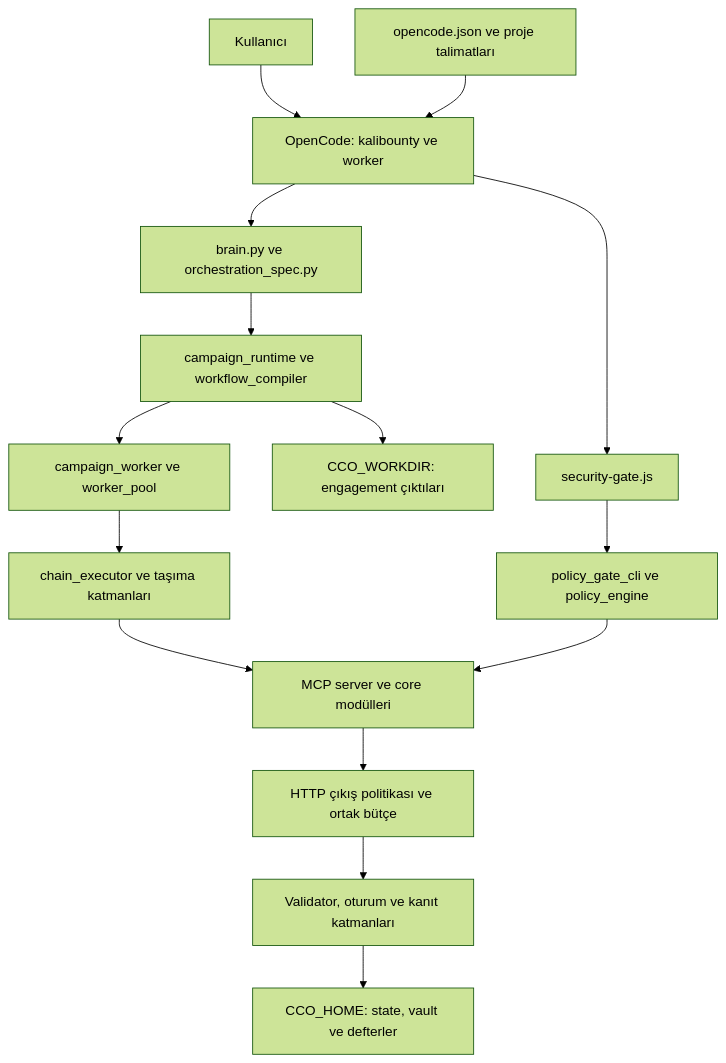
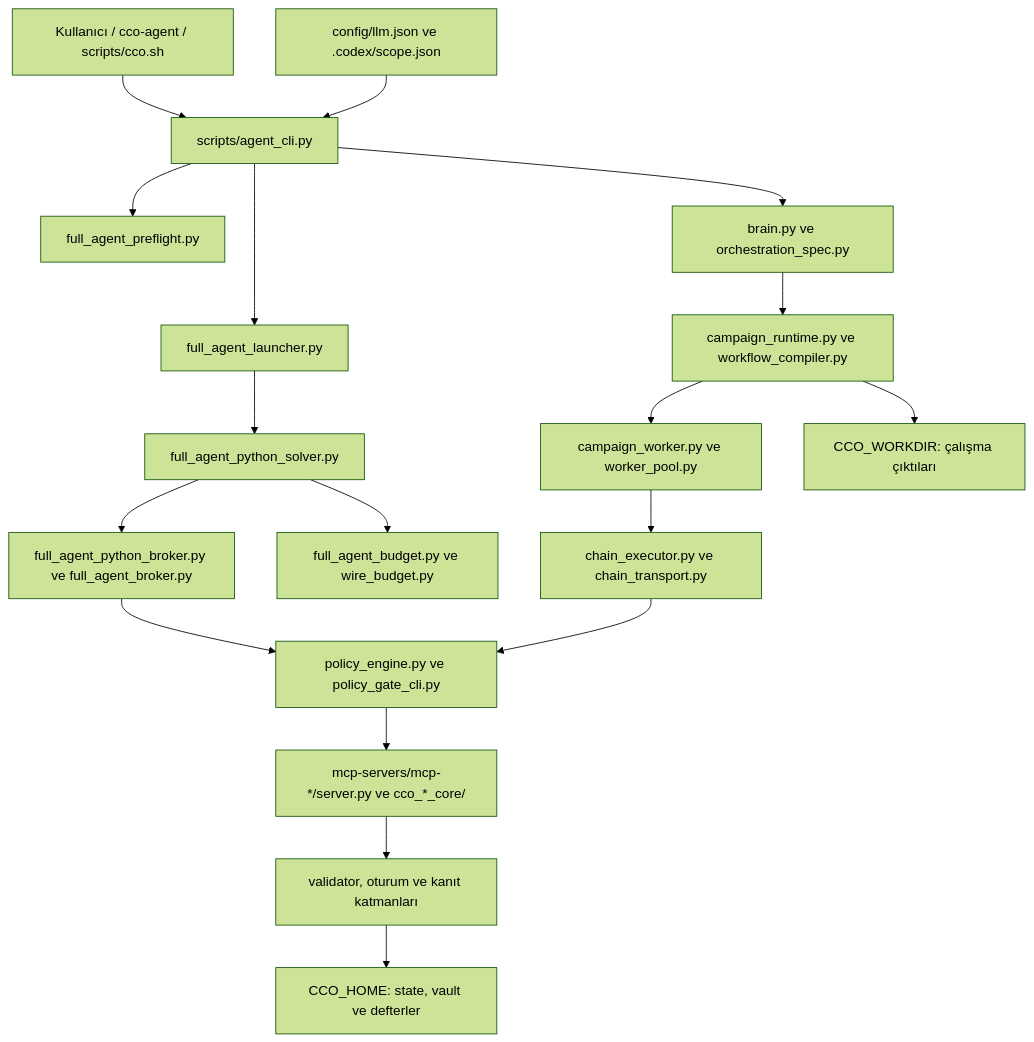
The diagram in docs/architecture.md (EmreMetin00007/kryon), drawn with Mermaid (forest theme) before and after one commit. The commit also changed other lines of this file and 39 other files, not shown here.

Commit message:
docs: remove obsolete OpenCode docs and update core guides for Python engine

````diff
--- a/docs/architecture.md
+++ b/docs/architecture.md
@@ -9,17 +10,20 @@
 ```mermaid
 flowchart TD
-    U[Kullanıcı] --> O[OpenCode: kalibounty ve worker]
-    C[opencode.json ve proje talimatları] --> O
-    O --> B[brain.py ve orchestration_spec.py]
-    B --> Q[campaign_runtime ve workflow_compiler]
-    Q --> W[campaign_worker ve worker_pool]
-    W --> X[chain_executor ve taşıma katmanları]
-    O --> G[security-gate.js]
-    G --> P[policy_gate_cli ve policy_engine]
-    X --> M[MCP server ve core modülleri]
-    P --> M
-    M --> E[HTTP çıkış politikası ve ortak bütçe]
-    E --> V[Validator, oturum ve kanıt katmanları]
-    V --> S[CCO_HOME: state, vault ve defterler]
-    Q --> R[CCO_WORKDIR: engagement çıktıları]
+    U[Kullanıcı / cco-agent / scripts/cco.sh] --> CLI[scripts/agent_cli.py]
+    C[config/llm.json ve .codex/scope.json] --> CLI
+    CLI --> P[full_agent_preflight.py]
+    CLI --> L[full_agent_launcher.py]
+    L --> S[full_agent_python_solver.py]
+    S --> BR[full_agent_python_broker.py ve full_agent_broker.py]
+    S --> BD[full_agent_budget.py ve wire_budget.py]
+    CLI --> B[brain.py ve orchestration_spec.py]
+    B --> Q[campaign_runtime.py ve workflow_compiler.py]
+    Q --> W[campaign_worker.py ve worker_pool.py]
+    W --> X[chain_executor.py ve chain_transport.py]
+    BR --> PE[policy_engine.py ve policy_gate_cli.py]
+    X --> PE
+    PE --> M[mcp-servers/mcp-*/server.py ve cco_*_core/]
+    M --> V[validator, oturum ve kanıt katmanları]
+    V --> H[CCO_HOME: state, vault ve defterler]
+    Q --> R[CCO_WORKDIR: çalışma çıktıları]
 ```
````
